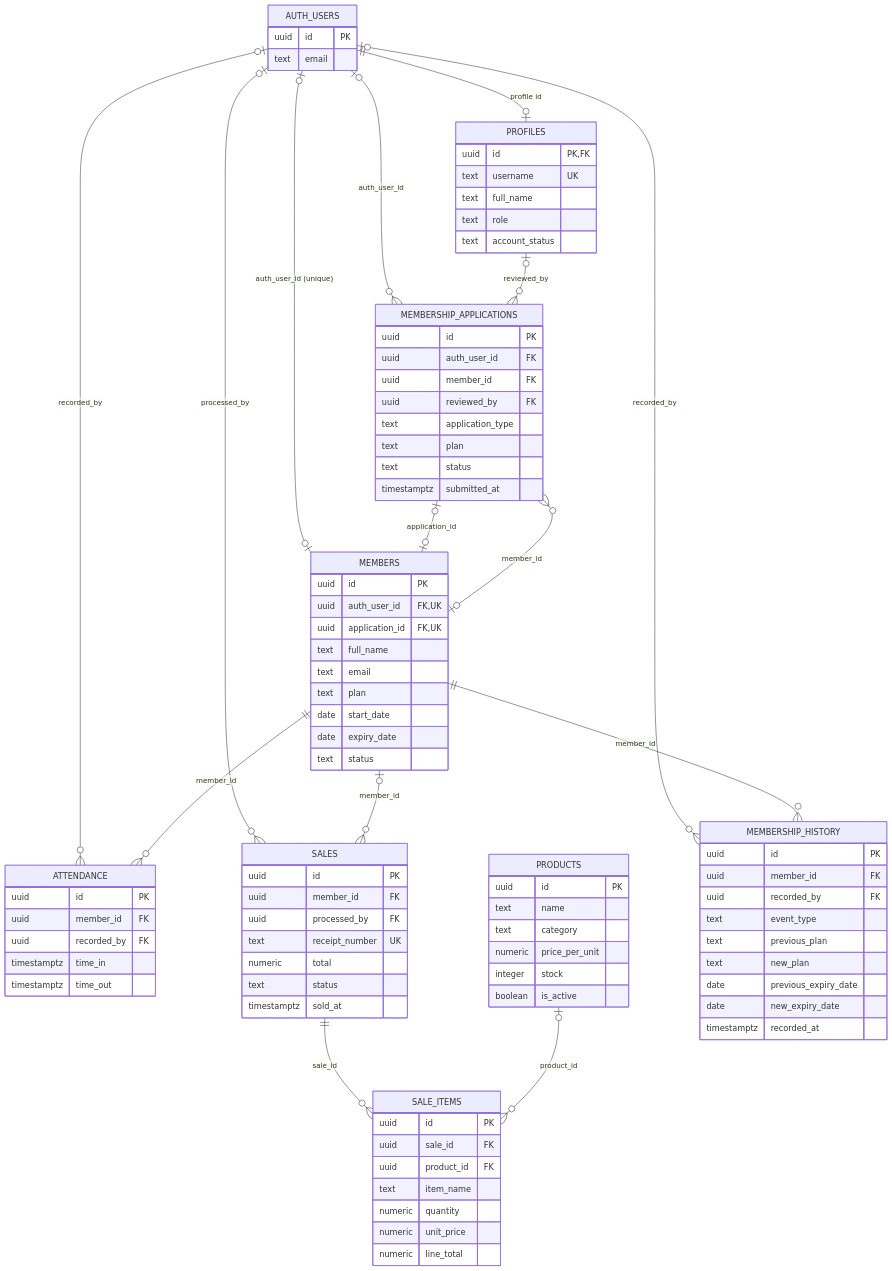
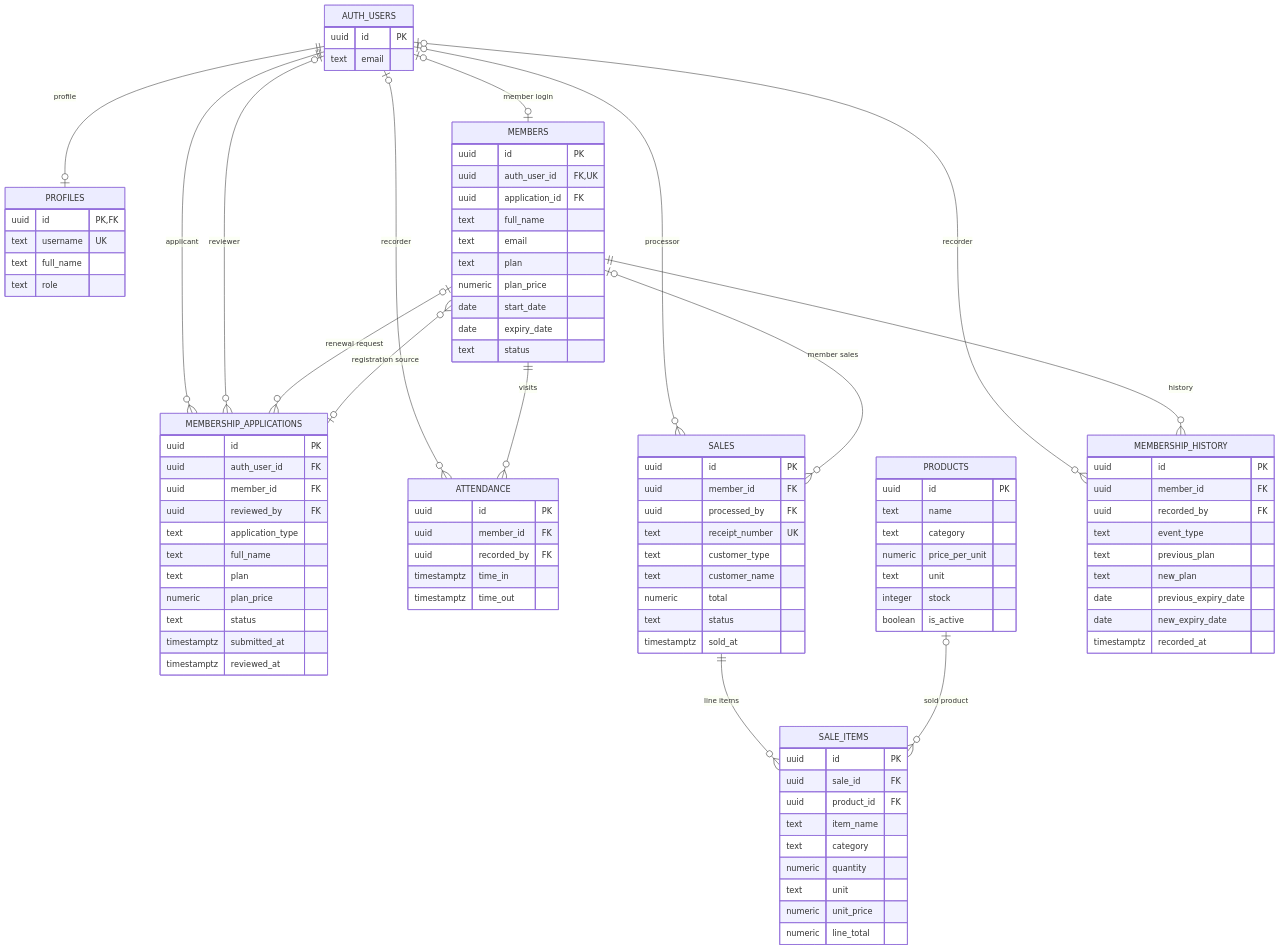
Before and after one commit to IronGrind/irongrind.github.io: the diagram in Documentations/iron-grind-erd-simplified.mmd, drawn with Mermaid.

Commit message:
Update documentation for project database ERD to clarify relationships, add new fields, and improve readability

```diff
--- a/Documentations/iron-grind-erd-simplified.mmd
+++ b/Documentations/iron-grind-erd-simplified.mmd
@@ -1,105 +1,114 @@
 erDiagram
-    %% Simplified documentation view: key fields and confirmed core relationships.
-    %% Compatibility columns and non-relational detail fields are omitted for readability.
-    %% Supabase Auth is shown as AUTH_USERS; it is managed outside the public schema.
+    direction TB
+    %% Simplified view of the project database: core fields and declared foreign keys.
+    %% AUTH_USERS represents Supabase auth.users, which is managed outside public.
+    %% Nullable foreign keys and uniqueness are shown where they affect relationships.
 
     AUTH_USERS {
         uuid id PK
         text email
     }
 
     PROFILES {
         uuid id PK,FK
         text username UK
         text full_name
         text role
-        text account_status
+    }
+
+    MEMBERS {
+        uuid id PK
+        uuid auth_user_id FK,UK
+        uuid application_id FK
+        text full_name
+        text email
+        text plan
+        numeric plan_price
+        date start_date
+        date expiry_date
+        text status
     }
 
     MEMBERSHIP_APPLICATIONS {
         uuid id PK
         uuid auth_user_id FK
         uuid member_id FK
         uuid reviewed_by FK
         text application_type
+        text full_name
         text plan
+        numeric plan_price
         text status
         timestamptz submitted_at
-    }
-
-    MEMBERS {
-        uuid id PK
-        uuid auth_user_id FK,UK
-        uuid application_id FK,UK
-        text full_name
-        text email
-        text plan
-        date start_date
-        date expiry_date
-        text status
+        timestamptz reviewed_at
     }
 
     ATTENDANCE {
         uuid id PK
         uuid member_id FK
         uuid recorded_by FK
         timestamptz time_in
         timestamptz time_out
     }
 
     PRODUCTS {
         uuid id PK
         text name
         text category
         numeric price_per_unit
+        text unit
         integer stock
         boolean is_active
     }
 
     SALES {
         uuid id PK
         uuid member_id FK
         uuid processed_by FK
         text receipt_number UK
+        text customer_type
+        text customer_name
         numeric total
         text status
         timestamptz sold_at
     }
 
     SALE_ITEMS {
         uuid id PK
         uuid sale_id FK
         uuid product_id FK
         text item_name
+        text category
         numeric quantity
+        text unit
         numeric unit_price
         numeric line_total
     }
 
     MEMBERSHIP_HISTORY {
         uuid id PK
         uuid member_id FK
         uuid recorded_by FK
         text event_type
         text previous_plan
         text new_plan
         date previous_expiry_date
         date new_expiry_date
         timestamptz recorded_at
     }
 
-    AUTH_USERS ||--o| PROFILES : "profile id"
-    AUTH_USERS o|--o| MEMBERS : "auth_user_id (unique)"
-    AUTH_USERS o|--o{ MEMBERSHIP_APPLICATIONS : "auth_user_id"
-    AUTH_USERS o|--o{ ATTENDANCE : "recorded_by"
-    AUTH_USERS o|--o{ SALES : "processed_by"
-    AUTH_USERS o|--o{ MEMBERSHIP_HISTORY : "recorded_by"
+    AUTH_USERS ||--o| PROFILES : "profile"
+    AUTH_USERS o|--o| MEMBERS : "member login"
+    AUTH_USERS ||--o{ MEMBERSHIP_APPLICATIONS : "applicant"
+    AUTH_USERS o|--o{ MEMBERSHIP_APPLICATIONS : "reviewer"
+    AUTH_USERS o|--o{ ATTENDANCE : "recorder"
+    AUTH_USERS o|--o{ SALES : "processor"
+    AUTH_USERS o|--o{ MEMBERSHIP_HISTORY : "recorder"
 
-    PROFILES o|--o{ MEMBERSHIP_APPLICATIONS : "reviewed_by"
-    MEMBERS o|--o{ MEMBERSHIP_APPLICATIONS : "member_id"
-    MEMBERSHIP_APPLICATIONS o|--o| MEMBERS : "application_id"
-    MEMBERS ||--o{ ATTENDANCE : "member_id"
-    MEMBERS o|--o{ SALES : "member_id"
-    MEMBERS ||--o{ MEMBERSHIP_HISTORY : "member_id"
-    SALES ||--o{ SALE_ITEMS : "sale_id"
-    PRODUCTS o|--o{ SALE_ITEMS : "product_id"
+    MEMBERS o|--o{ MEMBERSHIP_APPLICATIONS : "renewal request"
+    MEMBERSHIP_APPLICATIONS o|--o{ MEMBERS : "registration source"
+    MEMBERS ||--o{ ATTENDANCE : "visits"
+    MEMBERS o|--o{ SALES : "member sales"
+    MEMBERS ||--o{ MEMBERSHIP_HISTORY : "history"
+    SALES ||--o{ SALE_ITEMS : "line items"
+    PRODUCTS o|--o{ SALE_ITEMS : "sold product"
```
